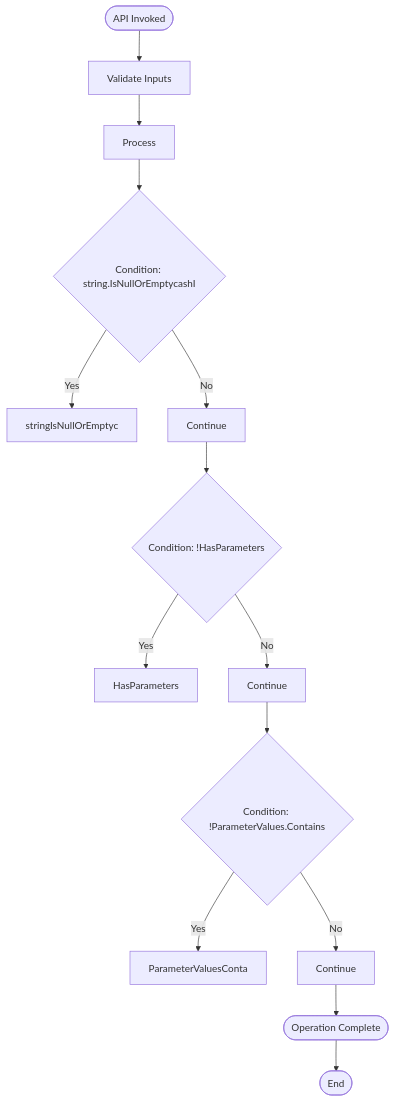
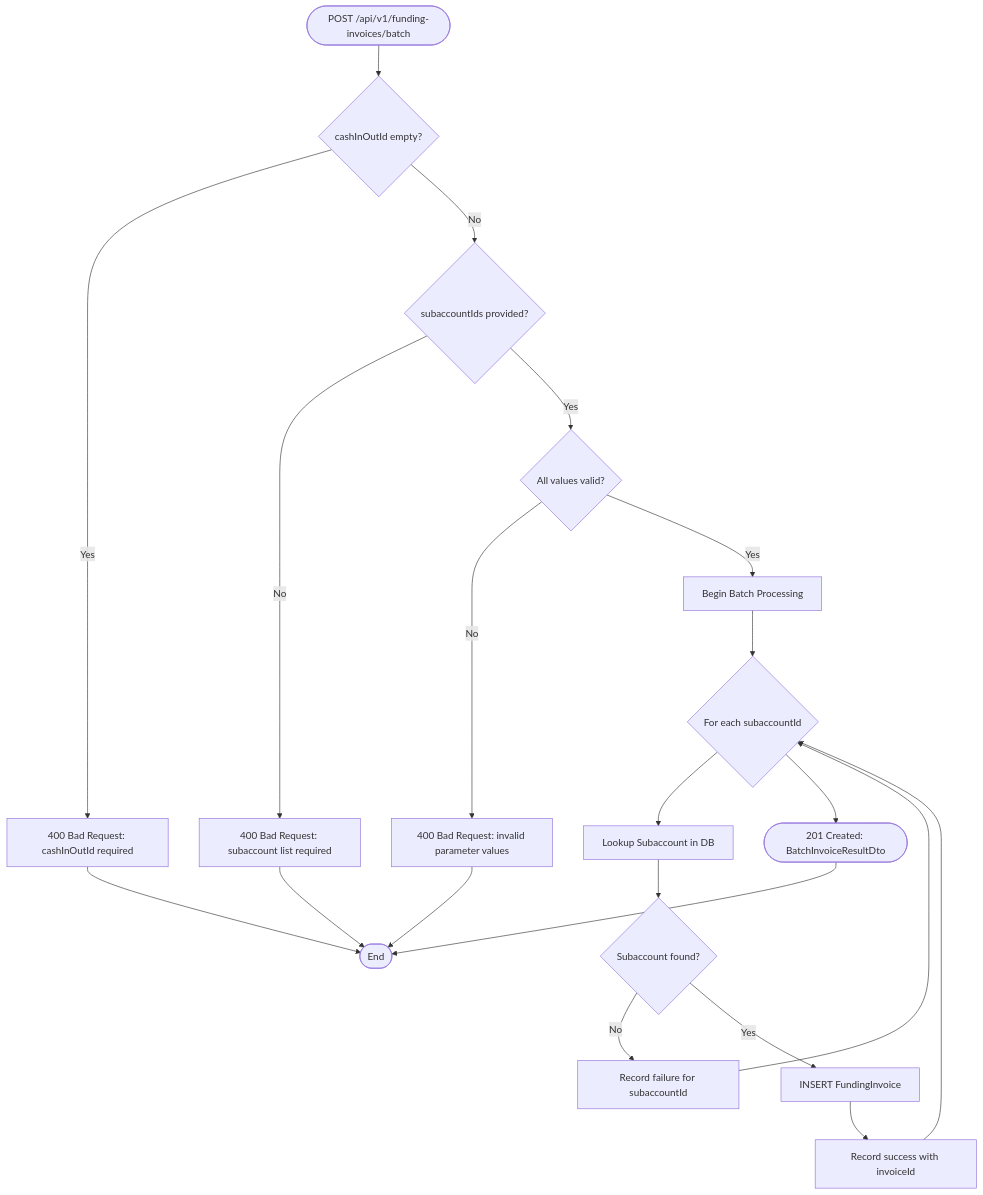
Before and after one commit to asifhussain60/CORTEX: the diagram in _workspaces/sts/sample-apps/_Real/account-api-specs/specifications/updater-createrafundinginvoices/diagrams/flowchart.mmd, drawn with Mermaid. The commit also changed 22 other files, not shown here.

```diff
--- a/_workspaces/sts/sample-apps/_Real/account-api-specs/specifications/updater-createrafundinginvoices/diagrams/flowchart.mmd
+++ b/_workspaces/sts/sample-apps/_Real/account-api-specs/specifications/updater-createrafundinginvoices/diagrams/flowchart.mmd
@@ -1,15 +1,25 @@
 flowchart TD
-    Start([API Invoked]) --> Validate
-    Validate[Validate Inputs] --> Process
-    Process --> Check1{Condition: string.IsNullOrEmptycashI}
-    Check1 -->|Yes| Rule1[stringIsNullOrEmptyc]
-    Check1 -->|No| Next1[Continue]
-    Next1 --> Check2{Condition: !HasParameters}
-    Check2 -->|Yes| Rule2[HasParameters]
-    Check2 -->|No| Next2[Continue]
-    Next2 --> Check3{Condition: !ParameterValues.Contains}
-    Check3 -->|Yes| Rule3[ParameterValuesConta]
-    Check3 -->|No| Next3[Continue]
-    Next3 --> Complete
-    Complete([Operation Complete])
-    Complete --> End([End])
+    Start([POST /api/v1/funding-invoices/batch]) --> ValidateCash
+    ValidateCash{cashInOutId empty?}
+    ValidateCash -->|Yes| ErrCash[400 Bad Request: cashInOutId required]
+    ValidateCash -->|No| ValidateParams
+    ValidateParams{subaccountIds provided?}
+    ValidateParams -->|No| ErrParams[400 Bad Request: subaccount list required]
+    ValidateParams -->|Yes| ValidateValues
+    ValidateValues{All values valid?}
+    ValidateValues -->|No| ErrValues[400 Bad Request: invalid parameter values]
+    ValidateValues -->|Yes| Process
+    Process[Begin Batch Processing]
+    Process --> Loop{For each subaccountId}
+    Loop --> Lookup[Lookup Subaccount in DB]
+    Lookup --> Found{Subaccount found?}
+    Found -->|No| RecordFail[Record failure for subaccountId]
+    Found -->|Yes| Insert[INSERT FundingInvoice]
+    Insert --> RecordSuccess[Record success with invoiceId]
+    RecordFail --> Loop
+    RecordSuccess --> Loop
+    Loop --> Complete([201 Created: BatchInvoiceResultDto])
+    ErrCash --> End([End])
+    ErrParams --> End
+    ErrValues --> End
+    Complete --> End
```
